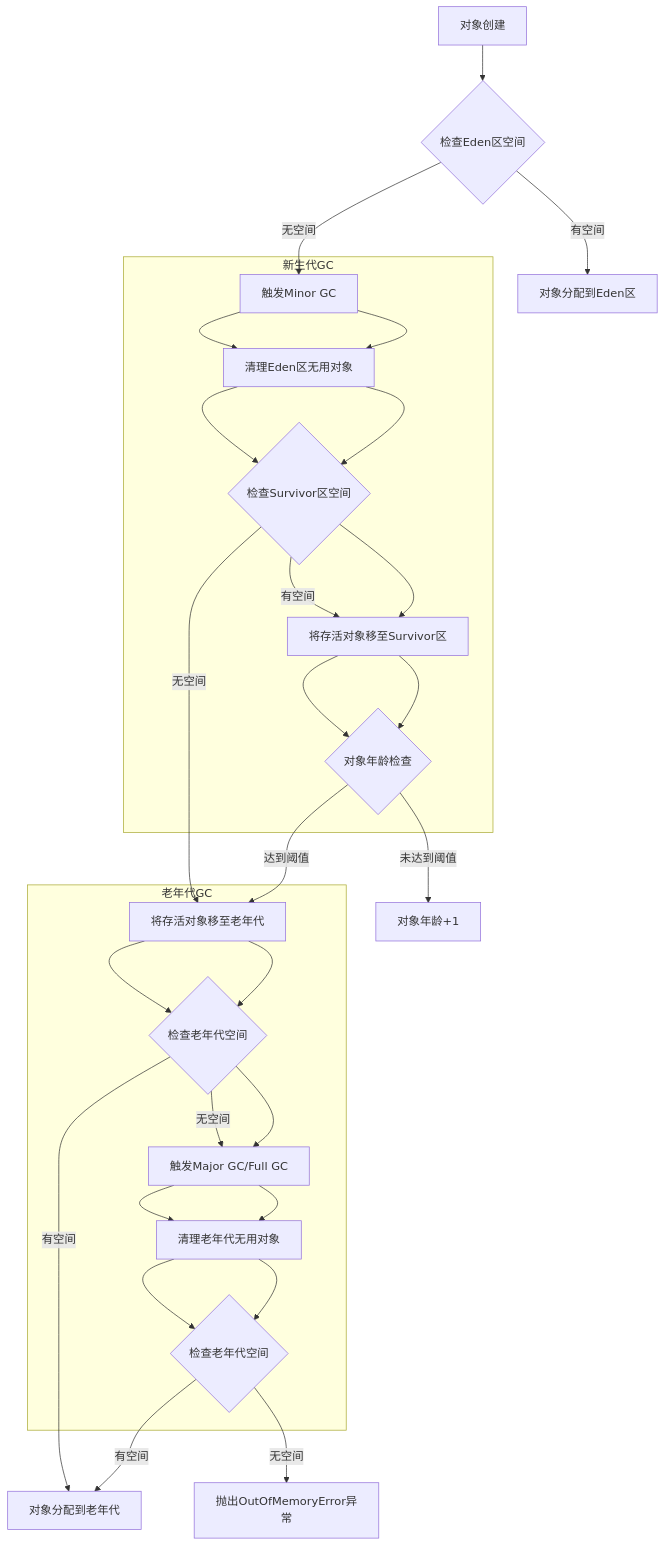
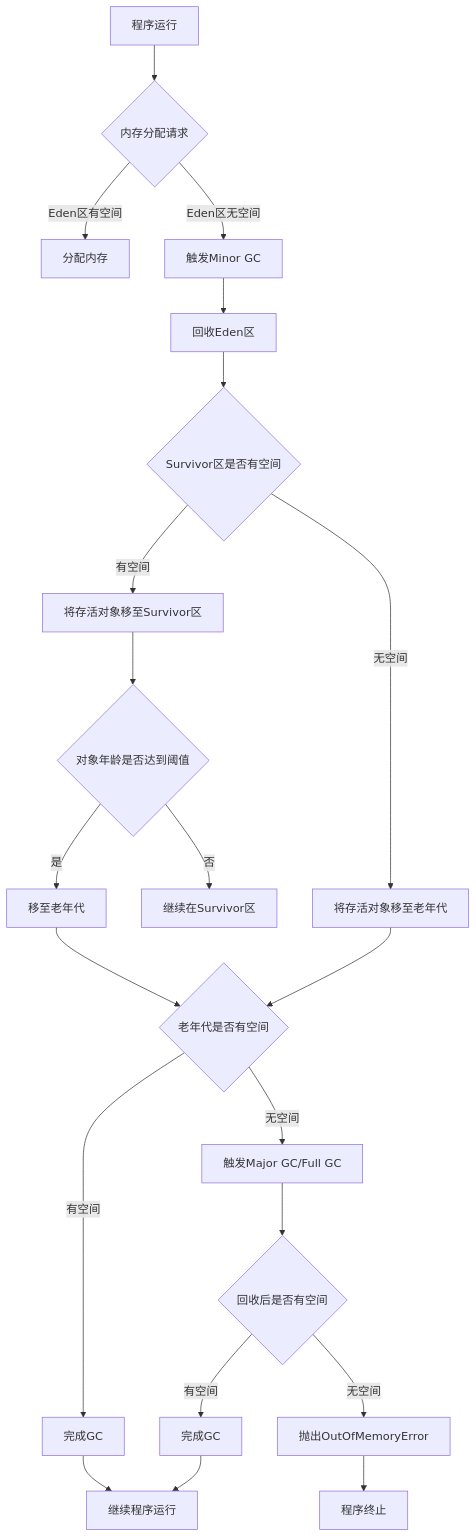
One commit to bage2014/study changed the fourth of 4 diagrams in study-todo/20230707-README-itv-jvm.md. Above: the diagram before and after it, drawn with Mermaid. The commit also changed other lines of this file, not shown here.

````diff
--- a/study-todo/20230707-README-itv-jvm.md
+++ b/study-todo/20230707-README-itv-jvm.md
@@ -1122,33 +1219,23 @@
 ```mermaid
 flowchart TD
-    A[对象创建] --> B{检查Eden区空间}
-    B -->|有空间| C[对象分配到Eden区]
-    B -->|无空间| D[触发Minor GC]
-    
-    D --> E[清理Eden区无用对象]
-    E --> F{检查Survivor区空间}
-    
+    A[程序运行] --> B{内存分配请求}
+    B -->|Eden区有空间| C[分配内存]
+    B -->|Eden区无空间| D[触发Minor GC]
+    D --> E[回收Eden区]
+    E --> F{Survivor区是否有空间}
     F -->|有空间| G[将存活对象移至Survivor区]
     F -->|无空间| H[将存活对象移至老年代]
-    
-    G --> I{对象年龄检查}
-    I -->|达到阈值| H
-    I -->|未达到阈值| J[对象年龄+1]
-    
-    H --> K{检查老年代空间}
-    K -->|有空间| L[对象分配到老年代]
-    K -->|无空间| M[触发Major GC/Full GC]
-    
-    M --> N[清理老年代无用对象]
-    N --> O{检查老年代空间}
-    O -->|有空间| L
-    O -->|无空间| P[抛出OutOfMemoryError异常]
-    
-    subgraph 新生代GC
-    D --> E --> F --> G --> I
-    end
-    
-    subgraph 老年代GC
-    H --> K --> M --> N --> O
-    end
+    G --> I{对象年龄是否达到阈值}
+    I -->|是| J[移至老年代]
+    I -->|否| K[继续在Survivor区]
+    J --> L{老年代是否有空间}
+    H --> L
+    L -->|有空间| M[完成GC]
+    L -->|无空间| N[触发Major GC/Full GC]
+    N --> O{回收后是否有空间}
+    O -->|有空间| P[完成GC]
+    O -->|无空间| Q[抛出OutOfMemoryError]
+    M --> R[继续程序运行]
+    P --> R
+    Q --> S[程序终止]
 ```
````
